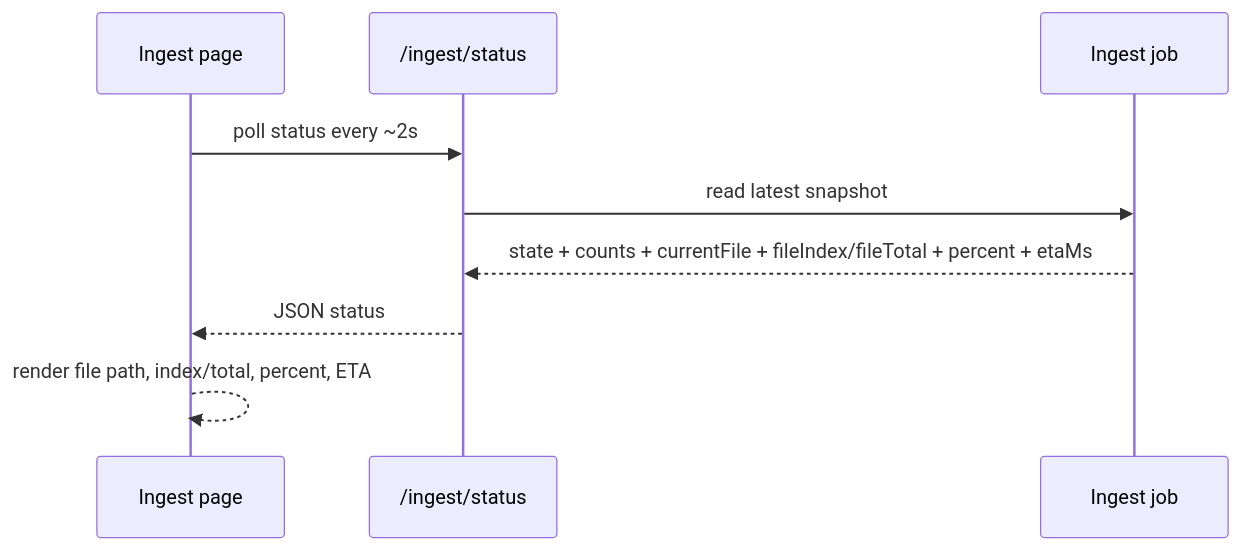
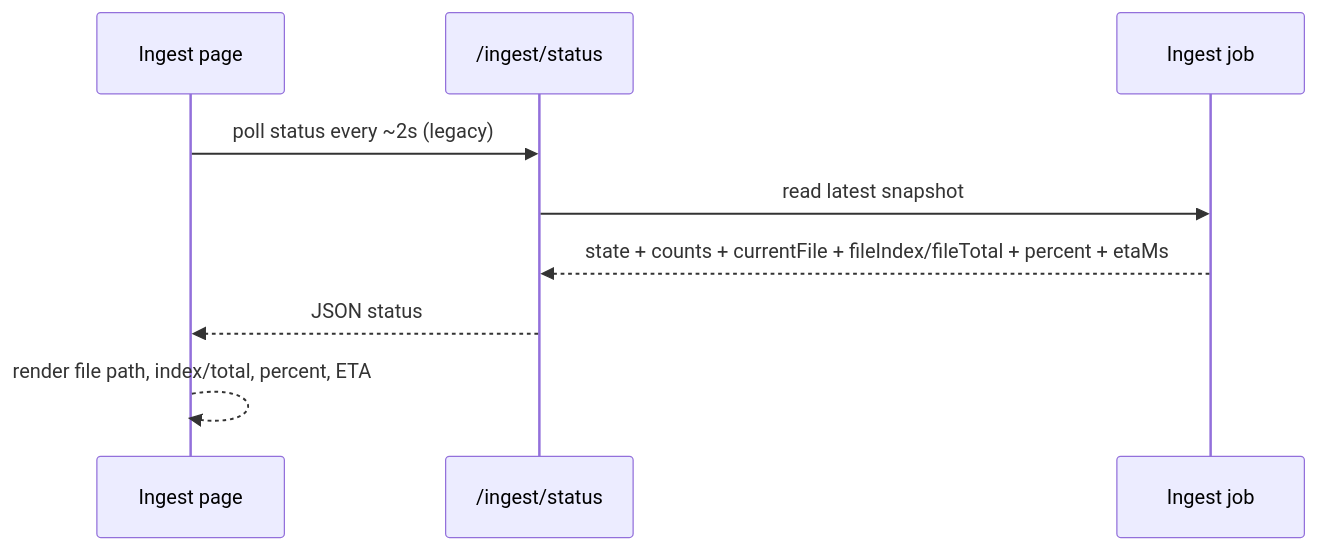
Before and after one commit to Chargeuk/codeInfo2: diagram 36 of 56 in design.md, drawn with Mermaid. The commit also changed other lines of this file and 6 other files, not shown here.

````diff
--- a/design.md
+++ b/design.md
@@ -994,12 +996,12 @@
 ```mermaid
 sequenceDiagram
   participant UI as Ingest page
   participant API as /ingest/status
   participant Job as Ingest job
 
-  UI->>API: poll status every ~2s
+  UI->>API: poll status every ~2s (legacy)
   API->>Job: read latest snapshot
   Job-->>API: state + counts + currentFile + fileIndex/fileTotal + percent + etaMs
   API-->>UI: JSON status
   UI-->>UI: render file path, index/total, percent, ETA
 ```
````
